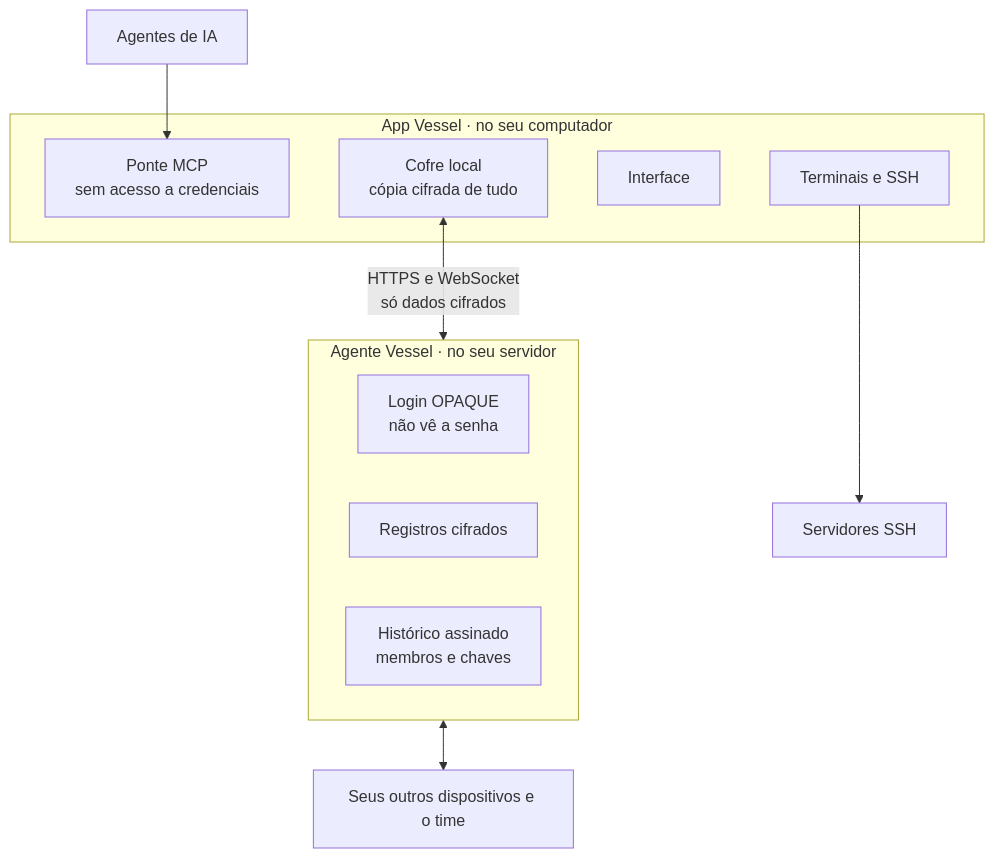
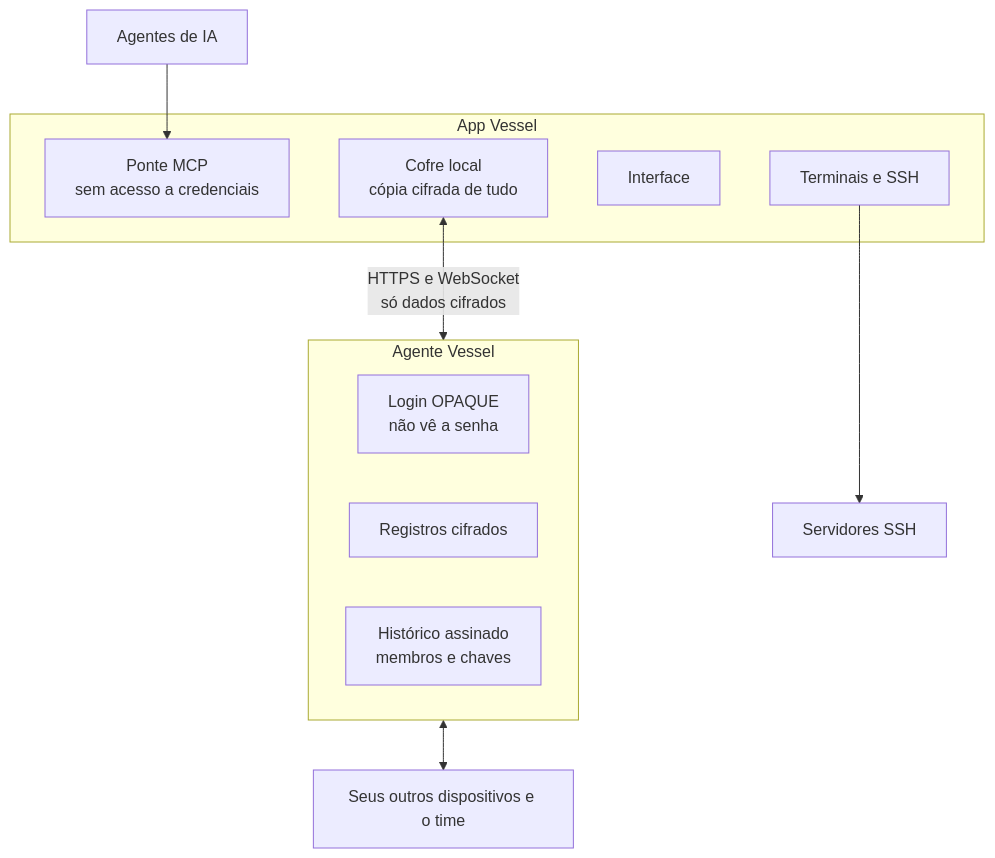
Before and after one commit to thalesleall/vessel: the first of 2 diagrams in README.md, drawn with Mermaid. The commit also changed other lines of this file, not shown here.

Commit message:
README: shorter diagram group titles (they were cut off)

````diff
--- a/README.md
+++ b/README.md
@@ -94,22 +94,22 @@
 ```mermaid
 flowchart TB
     ia["Agentes de IA"]
     ssh["Servidores SSH"]
-    subgraph app["App Vessel · no seu computador"]
+    subgraph app["App Vessel"]
         mcp["Ponte MCP<br/>sem acesso a credenciais"]
         term["Terminais e SSH"]
         ui["Interface"]
         local["Cofre local<br/>cópia cifrada de tudo"]
     end
-    subgraph agente["Agente Vessel · no seu servidor"]
+    subgraph agente["Agente Vessel"]
         opaque["Login OPAQUE<br/>não vê a senha"]
         records["Registros cifrados"]
         history["Histórico assinado<br/>membros e chaves"]
     end
     outros["Seus outros dispositivos e o time"]
 
     ia --> mcp
     term --> ssh
     local <-->|"HTTPS e WebSocket<br/>só dados cifrados"| agente
     agente <--> outros
 ```
````
